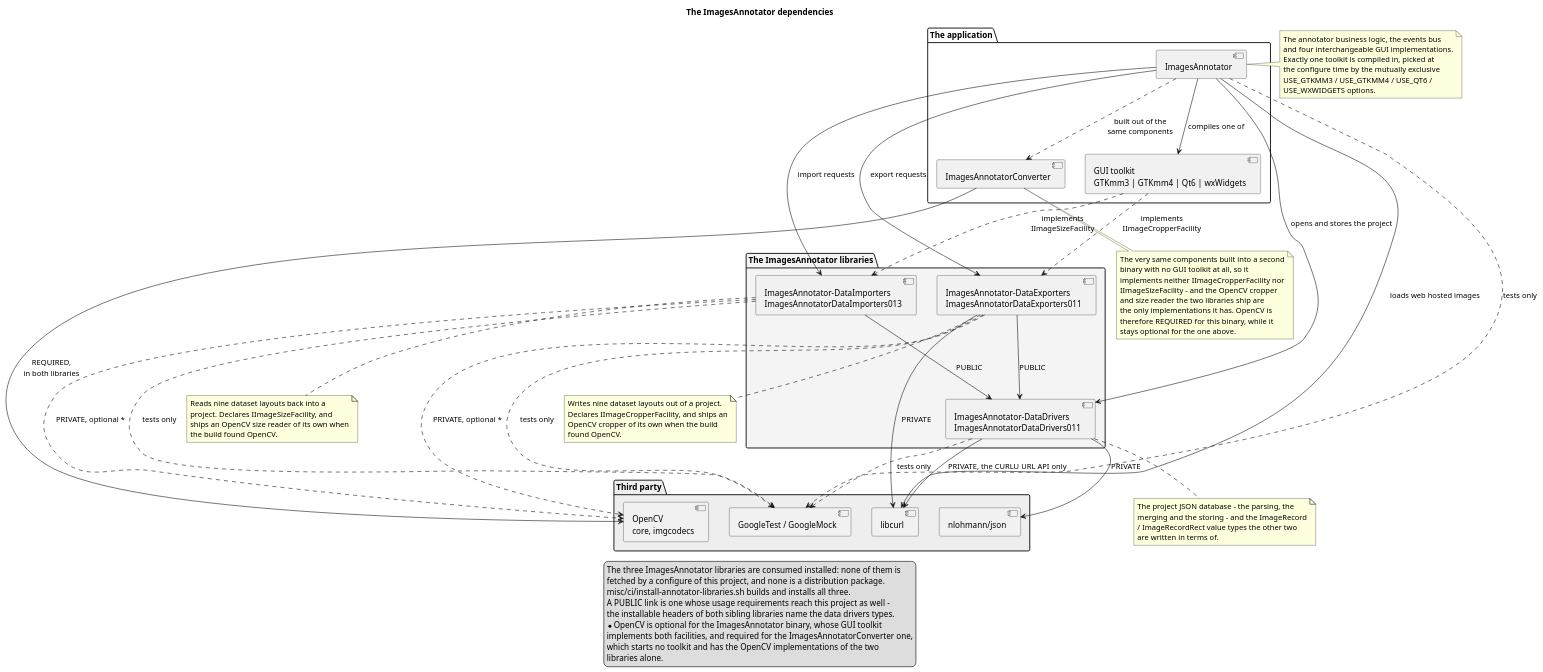
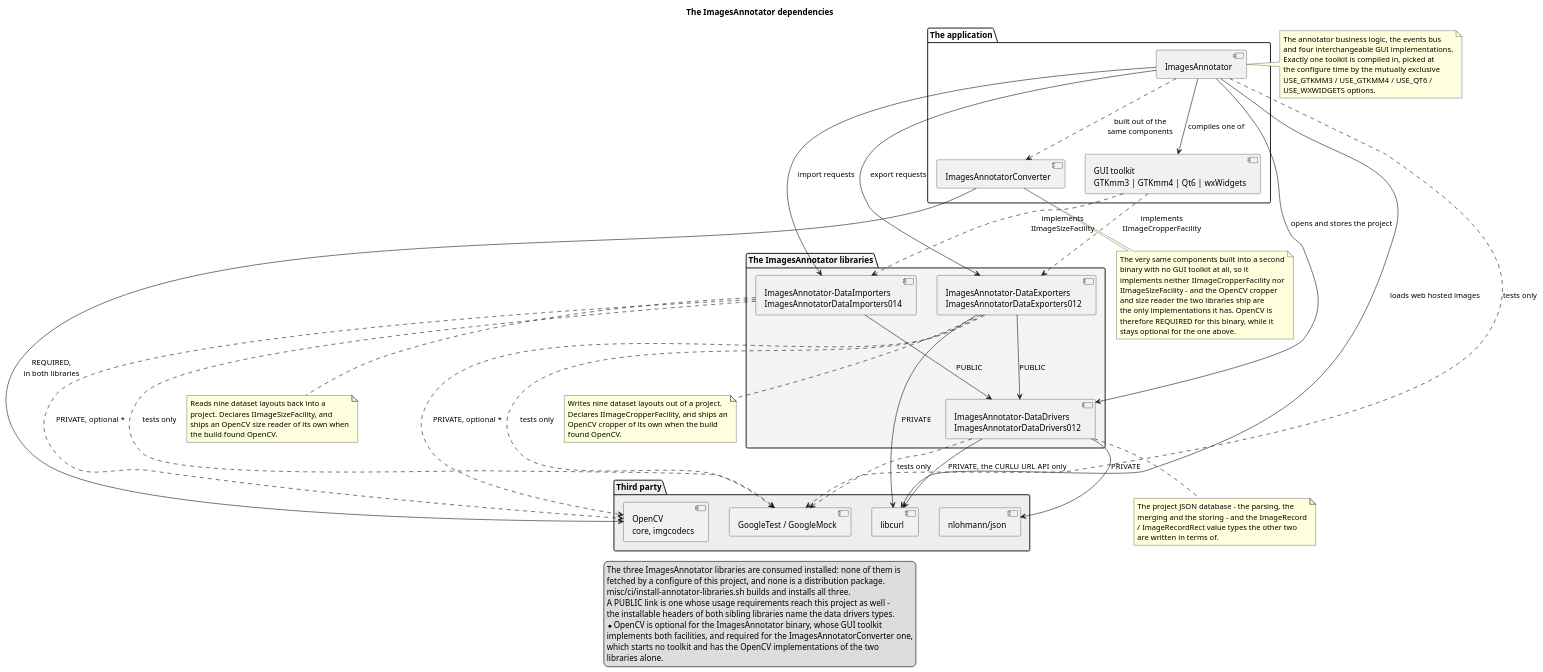
Before and after one commit to yuriysydor1991/ImagesAnnotator: the diagram in doc/diagrams/plantuml/dependencies.puml, drawn with PlantUML. The commit also changed 21 other files, not shown here.

```diff
--- a/doc/diagrams/plantuml/dependencies.puml
+++ b/doc/diagrams/plantuml/dependencies.puml
@@ -1,104 +1,104 @@
 @startuml
 
 title The ImagesAnnotator dependencies
 
 package "The application" #FFFFFF {
   component "ImagesAnnotator" as APP
   component "GUI toolkit\nGTKmm3 | GTKmm4 | Qt6 | wxWidgets" as GUI
   component "ImagesAnnotatorConverter" as CONV
 }
 
 package "The ImagesAnnotator libraries" #F4F4F4 {
-  component "ImagesAnnotator-DataExporters\nImagesAnnotatorDataExporters011" as IADE
-  component "ImagesAnnotator-DataImporters\nImagesAnnotatorDataImporters013" as IADI
-  component "ImagesAnnotator-DataDrivers\nImagesAnnotatorDataDrivers011" as IADD
+  component "ImagesAnnotator-DataExporters\nImagesAnnotatorDataExporters012" as IADE
+  component "ImagesAnnotator-DataImporters\nImagesAnnotatorDataImporters014" as IADI
+  component "ImagesAnnotator-DataDrivers\nImagesAnnotatorDataDrivers012" as IADD
 }
 
 package "Third party" #EEEEEE {
   component "libcurl" as CURL
   component "nlohmann/json" as NJSON
   component "OpenCV\ncore, imgcodecs" as OCV
   component "GoogleTest / GoogleMock" as GTEST
 }
 
 note right of APP
   The annotator business logic, the events bus
   and four interchangeable GUI implementations.
   Exactly one toolkit is compiled in, picked at
   the configure time by the mutually exclusive
   USE_GTKMM3 / USE_GTKMM4 / USE_QT6 /
   USE_WXWIDGETS options.
 end note
 
 note bottom of CONV
   The very same components built into a second
   binary with no GUI toolkit at all, so it
   implements neither IImageCropperFacility nor
   IImageSizeFacility - and the OpenCV cropper
   and size reader the two libraries ship are
   the only implementations it has. OpenCV is
   therefore REQUIRED for this binary, while it
   stays optional for the one above.
 end note
 
 note bottom of IADE
   Writes nine dataset layouts out of a project.
   Declares IImageCropperFacility, and ships an
   OpenCV cropper of its own when the build
   found OpenCV.
 end note
 
 note bottom of IADI
   Reads nine dataset layouts back into a
   project. Declares IImageSizeFacility, and
   ships an OpenCV size reader of its own when
   the build found OpenCV.
 end note
 
 note bottom of IADD
   The project JSON database - the parsing, the
   merging and the storing - and the ImageRecord
   / ImageRecordRect value types the other two
   are written in terms of.
 end note
 
 APP --> GUI : compiles one of
 APP ..> CONV : built out of the\nsame components
 APP --> IADE : export requests
 APP --> IADI : import requests
 APP --> IADD : opens and stores the project
 APP --> CURL : loads web hosted images
 
 GUI ..> IADE : implements\nIImageCropperFacility
 GUI ..> IADI : implements\nIImageSizeFacility
 
 CONV --> OCV : REQUIRED,\nin both libraries
 
 IADE --> IADD : PUBLIC
 IADI --> IADD : PUBLIC
 
 IADE --> CURL : PRIVATE
 IADE ..> OCV : PRIVATE, optional *
 IADI ..> OCV : PRIVATE, optional *
 
 IADD --> NJSON : PRIVATE
 IADD --> CURL : PRIVATE, the CURLU URL API only
 
 APP ..> GTEST : tests only
 IADE ..> GTEST : tests only
 IADI ..> GTEST : tests only
 IADD ..> GTEST : tests only
 
 legend bottom
   The three ImagesAnnotator libraries are consumed installed: none of them is
   fetched by a configure of this project, and none is a distribution package.
   misc/ci/install-annotator-libraries.sh builds and installs all three.
   A PUBLIC link is one whose usage requirements reach this project as well -
   the installable headers of both sibling libraries name the data drivers types.
   * OpenCV is optional for the ImagesAnnotator binary, whose GUI toolkit
   implements both facilities, and required for the ImagesAnnotatorConverter one,
   which starts no toolkit and has the OpenCV implementations of the two
   libraries alone.
 end legend
 
 @enduml
```
